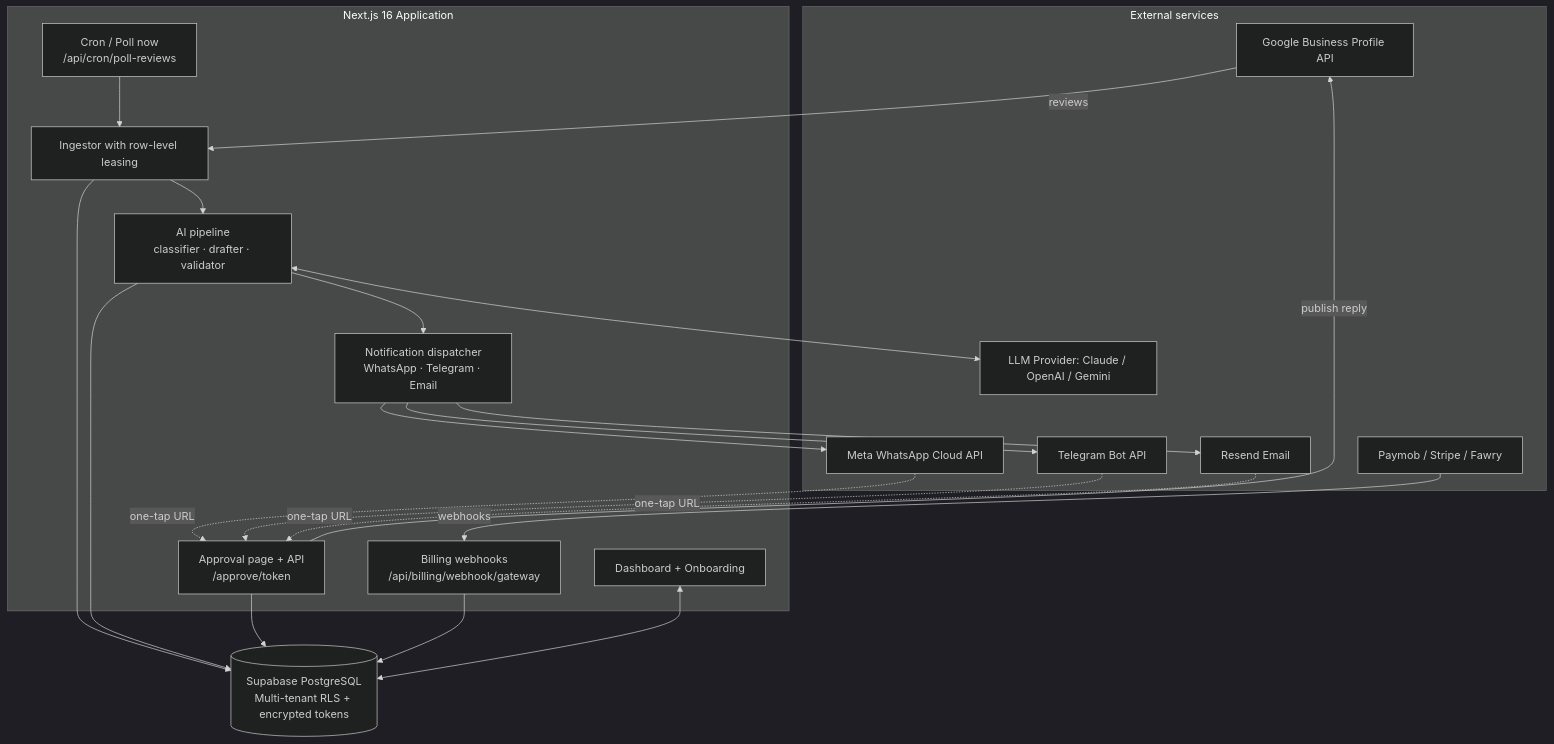
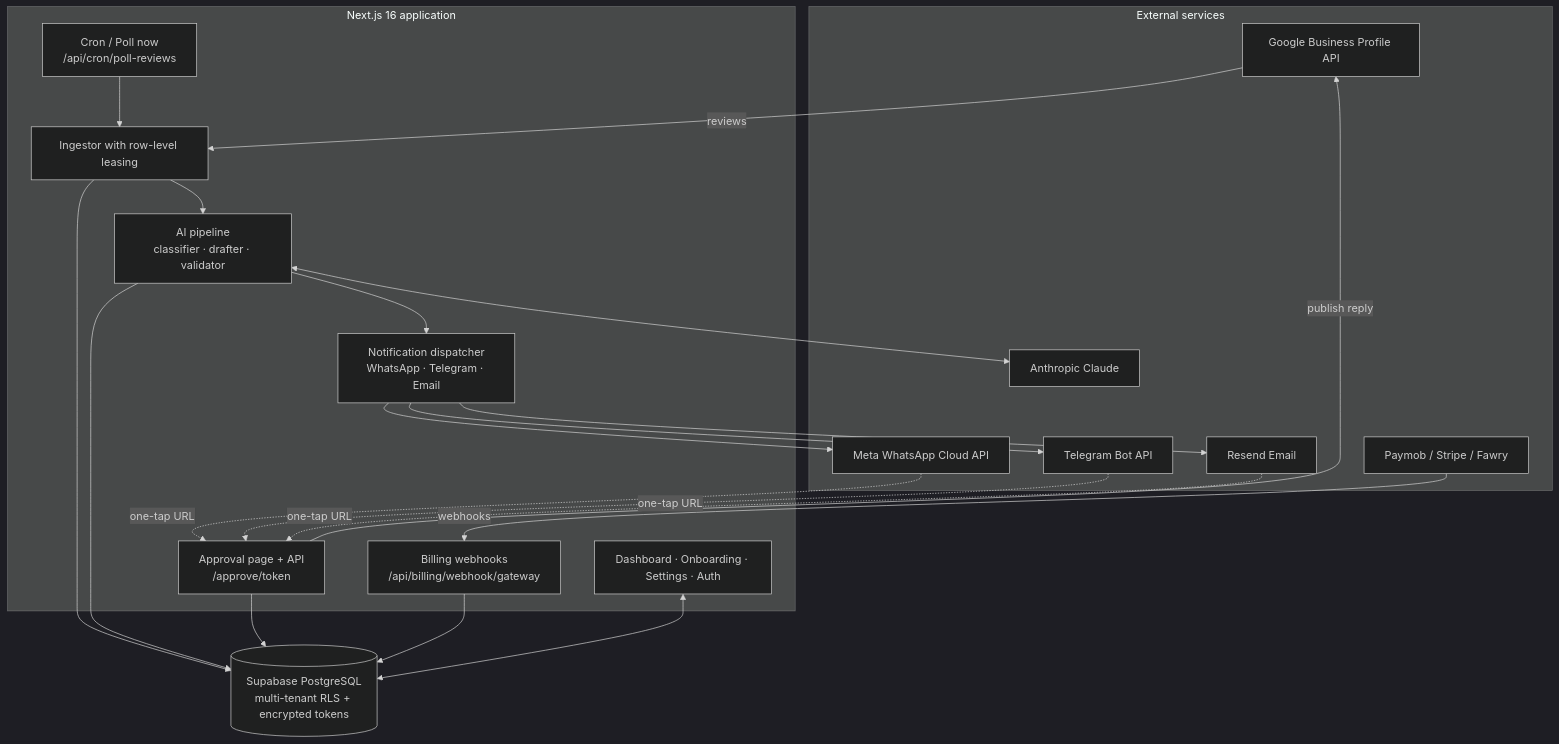
The third of 6 diagrams in README.md (mo74x/radd), drawn with Mermaid (dark theme) before and after one commit. The commit also changed other lines of this file and 47 other files, not shown here.

First line of the commit message:
feat(ui): implement complete bilingual UI, auth, settings, notification templates, QA polish and tests

````diff
--- a/README.md
+++ b/README.md
@@ -265,42 +286,42 @@
 ```mermaid
 flowchart TB
-    subgraph External[External services]
-        G[Google Business Profile API]
-        W[Meta WhatsApp Cloud API]
-        R[Resend Email]
-        T[Telegram Bot API]
-        P[Paymob / Stripe / Fawry]
-        L[LLM Provider: Claude / OpenAI / Gemini]
+    subgraph External["External services"]
+        G["Google Business Profile API"]
+        W["Meta WhatsApp Cloud API"]
+        R["Resend Email"]
+        T["Telegram Bot API"]
+        P["Paymob / Stripe / Fawry"]
+        L["Anthropic Claude"]
     end
 
-    subgraph App[Next.js 16 Application]
-        C[Cron / Poll now<br/>/api/cron/poll-reviews]
-        I[Ingestor with row-level leasing]
-        B[Billing webhooks<br/>/api/billing/webhook/gateway]
-        AI[AI pipeline<br/>classifier · drafter · validator]
-        N[Notification dispatcher<br/>WhatsApp · Telegram · Email]
-        A[Approval page + API<br/>/approve/token]
-        D[Dashboard + Onboarding]
+    subgraph App["Next.js 16 application"]
+        C["Cron / Poll now<br/>/api/cron/poll-reviews"]
+        I["Ingestor with row-level leasing"]
+        B["Billing webhooks<br/>/api/billing/webhook/gateway"]
+        AI["AI pipeline<br/>classifier · drafter · validator"]
+        N["Notification dispatcher<br/>WhatsApp · Telegram · Email"]
+        A["Approval page + API<br/>/approve/token"]
+        D["Dashboard · Onboarding · Settings · Auth"]
     end
 
-    DB[(Supabase PostgreSQL<br/>Multi-tenant RLS + encrypted tokens)]
+    DB[("Supabase PostgreSQL<br/>multi-tenant RLS + encrypted tokens")]
 
     C --> I
     G -- reviews --> I
     I --> DB
     I --> AI
     AI <--> L
     AI --> DB
     AI --> N
     N --> W
     N --> T
     N --> R
     W -. one-tap URL .-> A
     T -. one-tap URL .-> A
     R -. one-tap URL .-> A
     A --> DB
     A -- publish reply --> G
     P -- webhooks --> B
     B --> DB
     D <--> DB
 ```
````
